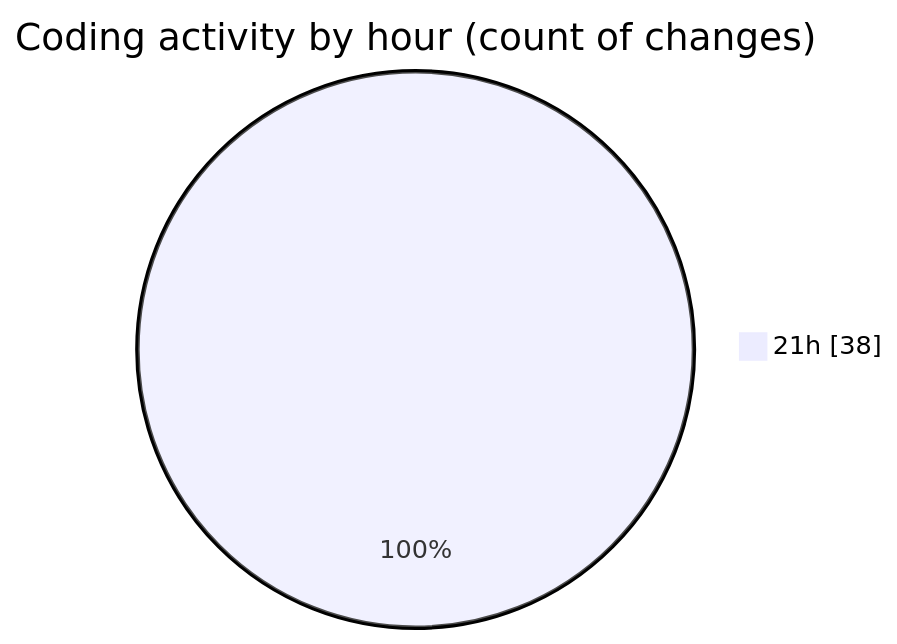
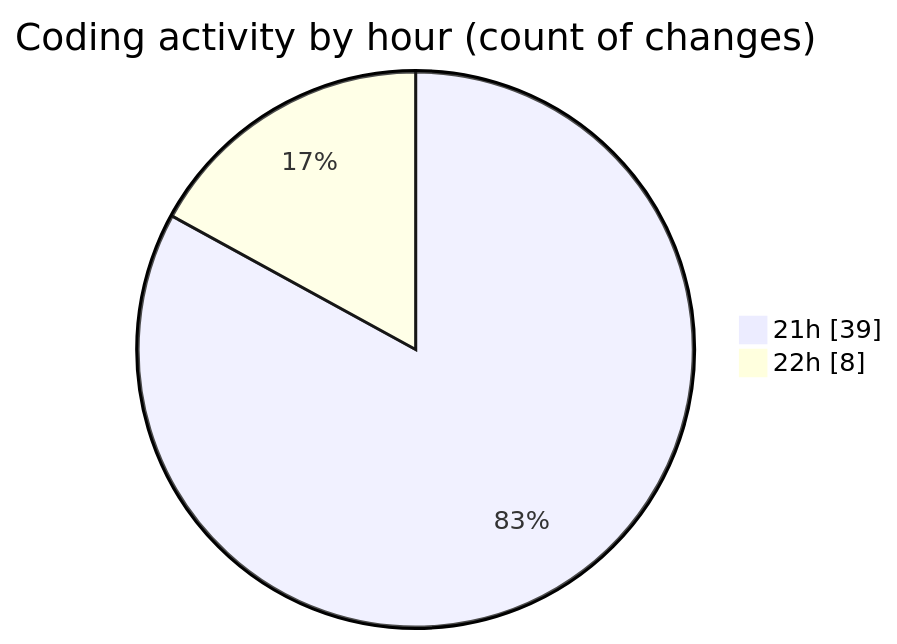
The second of 2 diagrams in 2025-04-29/date/README.md (Netris89/code-tracking), drawn with Mermaid before and after one commit. The commit also changed other lines of this file and 1 other file, not shown here.

````diff
--- a/2025-04-29/date/README.md
+++ b/2025-04-29/date/README.md
@@ -30,5 +30,6 @@
 ```mermaid
 pie showData
 title Coding activity by hour (count of changes)
-"21h" : 38
+"21h" : 39
+"22h" : 8
 ```
````
